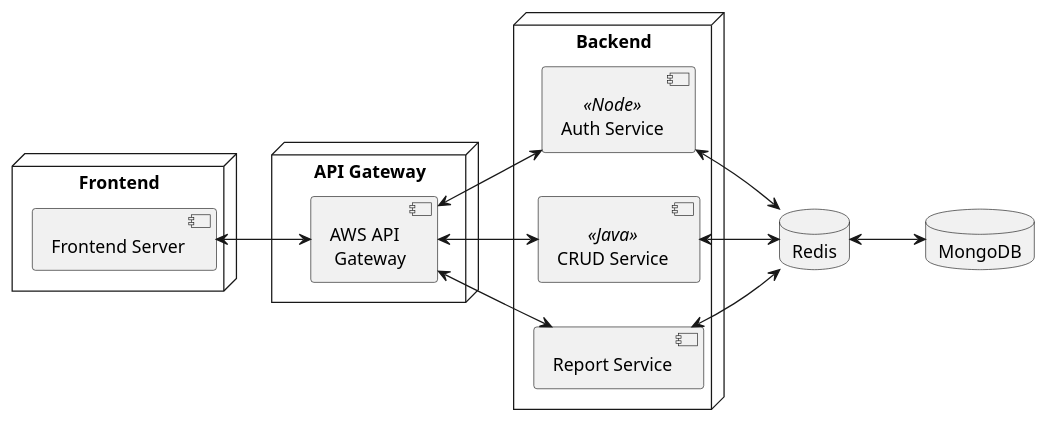
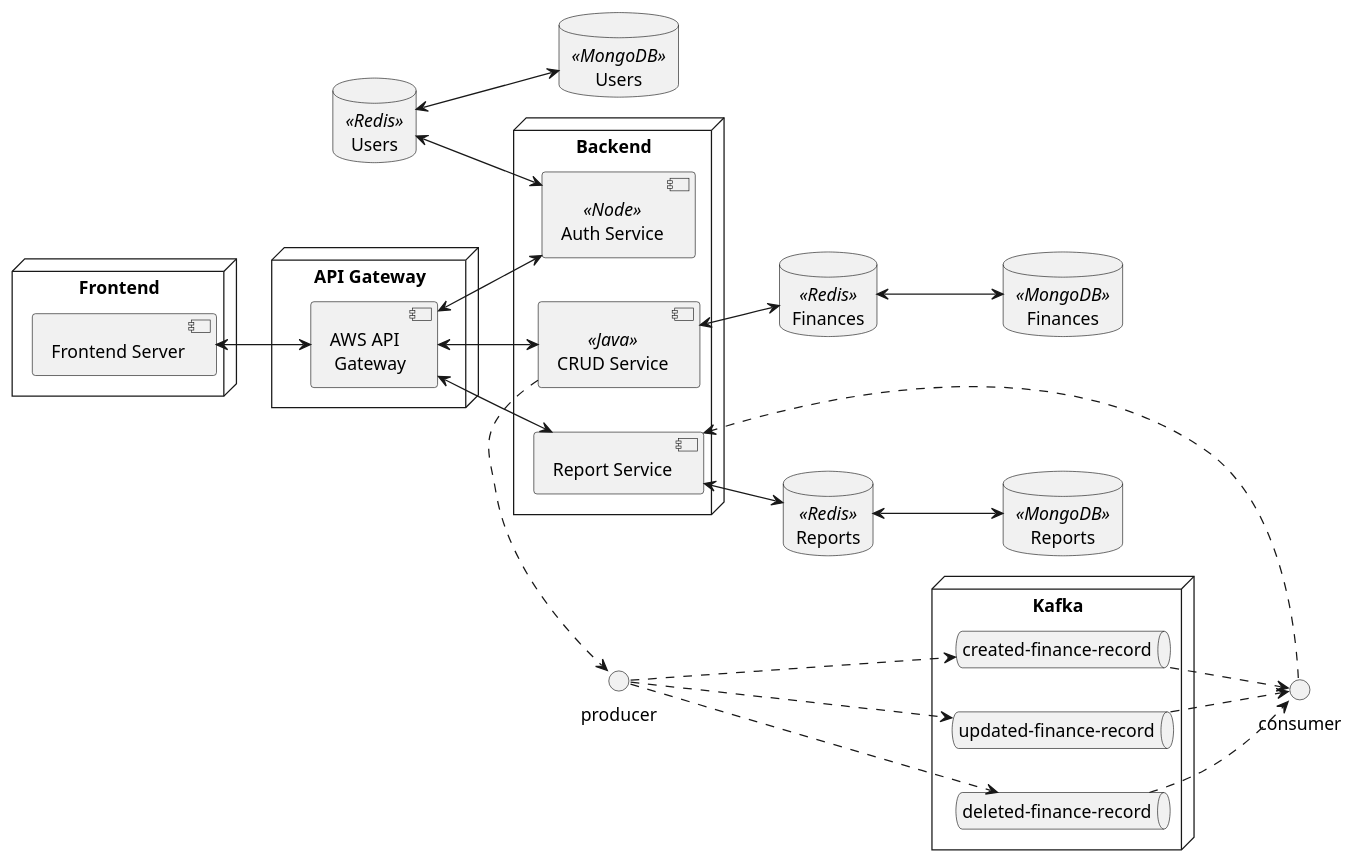
One commit to jpramos123/FCFP-Open-Source changed the diagram in diagrams/Components.pu. Above: the diagram before and after it, drawn with PlantUML.

Commit message:
Changes components diagram to use database per service pattern and use kafka topics for report data sync

```diff
--- a/diagrams/Components.pu
+++ b/diagrams/Components.pu
@@ -1,35 +1,59 @@
 @startuml Components Diagram
 
 left to right direction
 skinparam monochrome true
 
-database MongoDB
-
 node Backend {
   [Auth Service] as auth <<Node>>
   [CRUD Service] as crud <<Java>>
   [Report Service] as report
+}
+  database Users as usersdb <<MongoDB>>
+  database Finances as financesdb <<MongoDB>>
+  database Reports as reportsdb <<MongoDB>>
+
+  database Users as usersRedis <<Redis>>
+  database Finances as financesRedis <<Redis>>
+  database Reports as reportsRedis <<Redis>>
+
+node Kafka {
+  queue "created-finance-record" as createdTopic
+  queue "updated-finance-record" as updatedTopic
+  queue "deleted-finance-record" as deletedTopic
 }
 
 node Frontend {
   [Frontend Server] as front
 }
 
 node "API Gateway" {
   [AWS API\n Gateway] as gateway
 }
 
-database Redis
-
 front <--> gateway
 gateway <--> crud
 gateway <--> report
 gateway <--> auth
 
-crud <--> Redis
-auth <--> Redis
-report <--> Redis
+crud <-d-> financesRedis
+financesRedis <-d-> financesdb
 
-Redis <--> MongoDB
+auth <-u-> usersRedis
+usersRedis <--> usersdb
+
+report <--> reportsRedis
+reportsRedis <--> reportsdb
+
+crud .r.> producer
+
+producer ...> createdTopic
+producer ...> updatedTopic
+producer ...> deletedTopic
+
+createdTopic ..> consumer
+updatedTopic ..> consumer
+deletedTopic ..> consumer
+
+consumer ..> report
 
 @enduml
```
